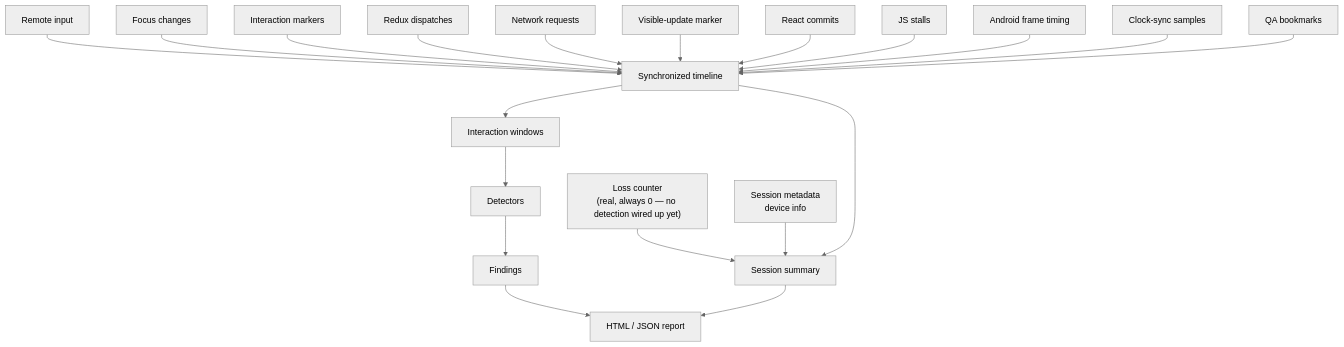
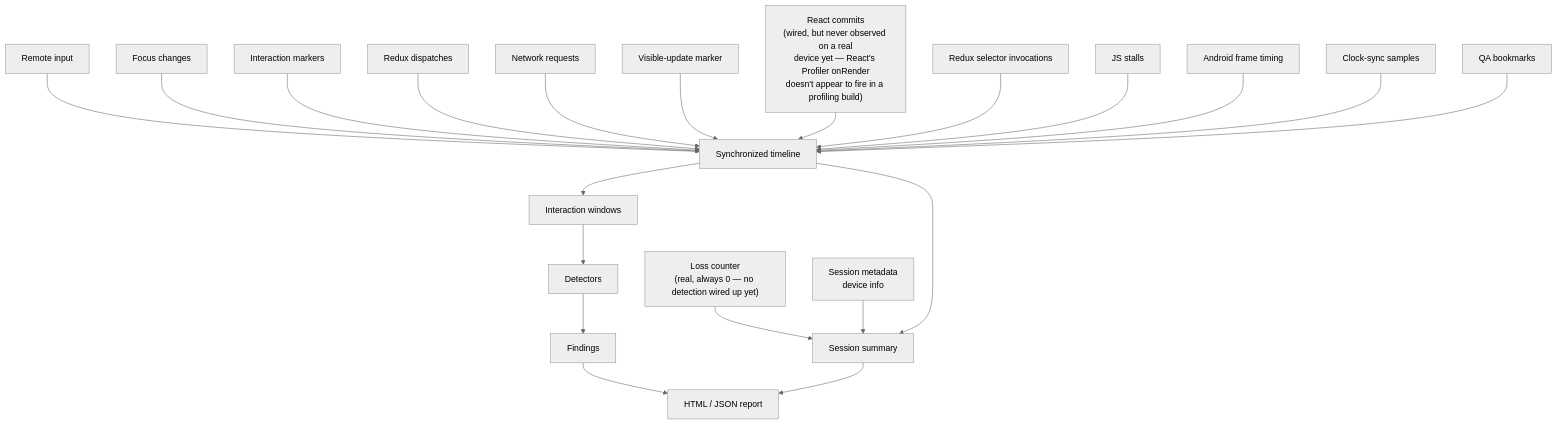
Before and after one commit to undrafted/rn-android-tv-session-telemetry: the diagram in diagrams/signals.mmd, drawn with Mermaid. The commit also changed 20 other files, not shown here.

Commit message:
Add Redux selector instrumentation with recomputation/unstable-reference detectors

```diff
--- a/diagrams/signals.mmd
+++ b/diagrams/signals.mmd
@@ -1,22 +1,23 @@
 %%{init: {"theme": "neutral"}}%%
 flowchart TD
     RemoteInput["Remote input"] --> Timeline["Synchronized timeline"]
     Focus["Focus changes"] --> Timeline
     InteractionMarker["Interaction markers"] --> Timeline
     Redux["Redux dispatches"] --> Timeline
     Network["Network requests"] --> Timeline
     VisibleUpdate["Visible-update marker"] --> Timeline
-    ReactCommit["React commits"] --> Timeline
+    ReactCommit["React commits<br/>(wired, but never observed on a real<br/>device yet — React's Profiler onRender<br/>doesn't appear to fire in a profiling build)"] --> Timeline
+    Selector["Redux selector invocations"] --> Timeline
     JSStall["JS stalls"] --> Timeline
     FrameTiming["Android frame timing"] --> Timeline
     ClockSync["Clock-sync samples"] --> Timeline
     Bookmarks["QA bookmarks"] --> Timeline
     LossCount["Loss counter<br/>(real, always 0 — no detection wired up yet)"] --> Summary
     SessionMeta["Session metadata<br/>device info"] --> Summary
 
     Timeline --> Windows["Interaction windows"]
     Timeline --> Summary["Session summary"]
     Windows --> Detectors["Detectors"]
     Detectors --> Findings["Findings"]
     Findings --> ReportOut["HTML / JSON report"]
     Summary --> ReportOut
```
